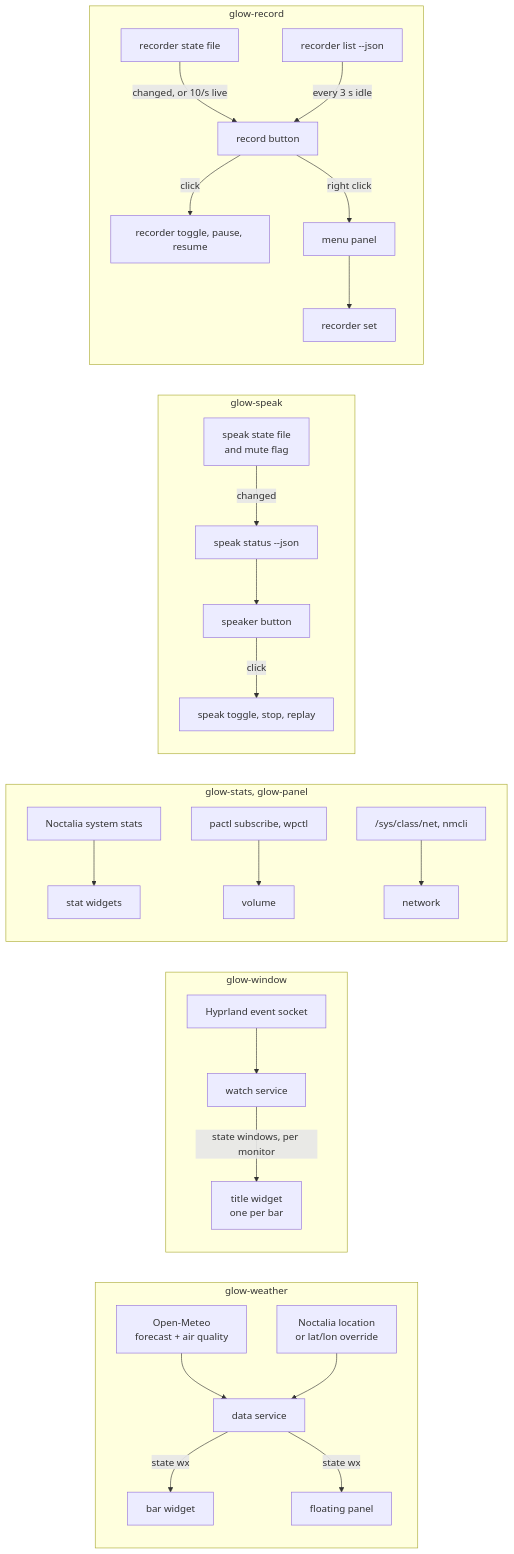
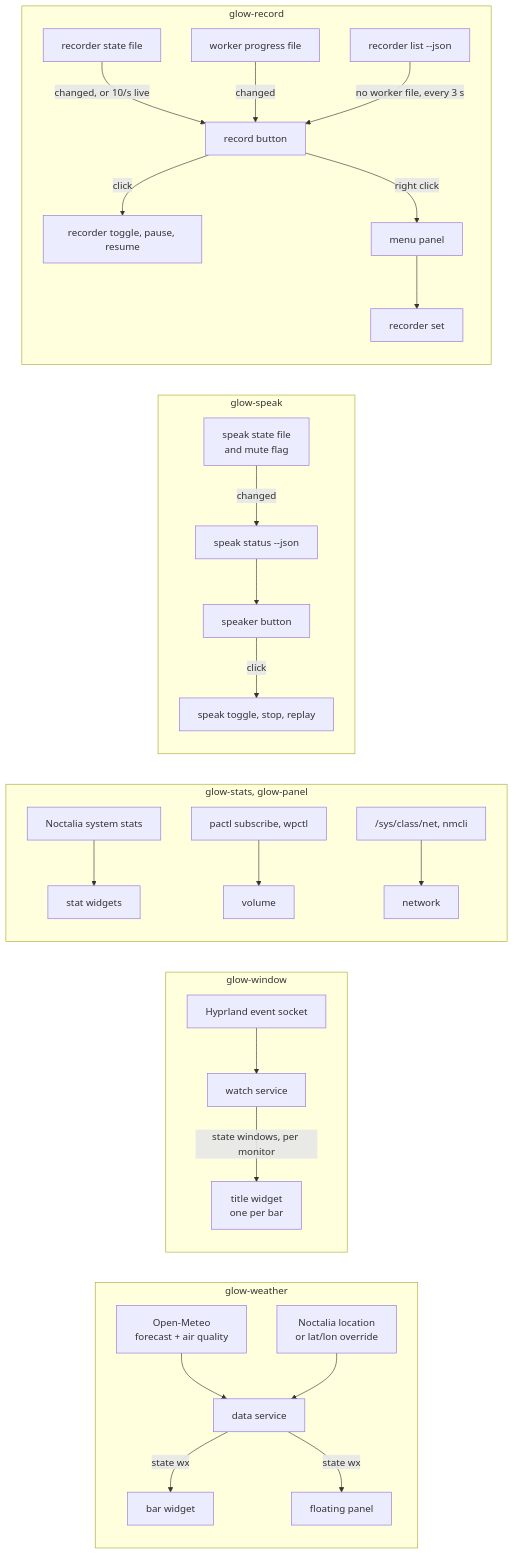
One commit to h1n054ur/desktop changed the diagram in noctalia-glow-plugins/README.md. Above: the diagram before and after it, drawn with Mermaid. The commit also changed other lines of this file and 3 other files, not shown here.

Commit message:
feat(noctalia-glow-plugins): glow-record reads transcript progress from the worker file, and glow-speak frees middle click for replay

````diff
--- a/noctalia-glow-plugins/README.md
+++ b/noctalia-glow-plugins/README.md
@@ -93,30 +93,31 @@
 ```mermaid
 flowchart LR
   subgraph weather["glow-weather"]
     OM["Open-Meteo<br/>forecast + air quality"] --> WS["data service"]
     LOC["Noctalia location<br/>or lat/lon override"] --> WS
     WS -->|state wx| WB["bar widget"]
     WS -->|state wx| WP["floating panel"]
   end
   subgraph window["glow-window"]
     HY["Hyprland event socket"] --> WW["watch service"]
     WW -->|state windows, per monitor| WT["title widget<br/>one per bar"]
   end
   subgraph local["glow-stats, glow-panel"]
     SS["Noctalia system stats"] --> GS["stat widgets"]
     PA["pactl subscribe, wpctl"] --> GV["volume"]
     SYS["/sys/class/net, nmcli"] --> GN["network"]
   end
   subgraph speak["glow-speak"]
     ST["speak state file<br/>and mute flag"] -->|changed| SC["speak status --json"]
     SC --> SB["speaker button"]
     SB -->|click| SA["speak toggle, stop, replay"]
   end
   subgraph record["glow-record"]
     RS["recorder state file"] -->|changed, or 10/s live| RB["record button"]
-    RL["recorder list --json"] -->|every 3 s idle| RB
+    RW["worker progress file"] -->|changed| RB
+    RL["recorder list --json"] -->|no worker file, every 3 s| RB
     RB -->|click| RA["recorder toggle, pause, resume"]
     RB -->|right click| RM["menu panel"]
     RM --> RT["recorder set"]
   end
 ```
````
